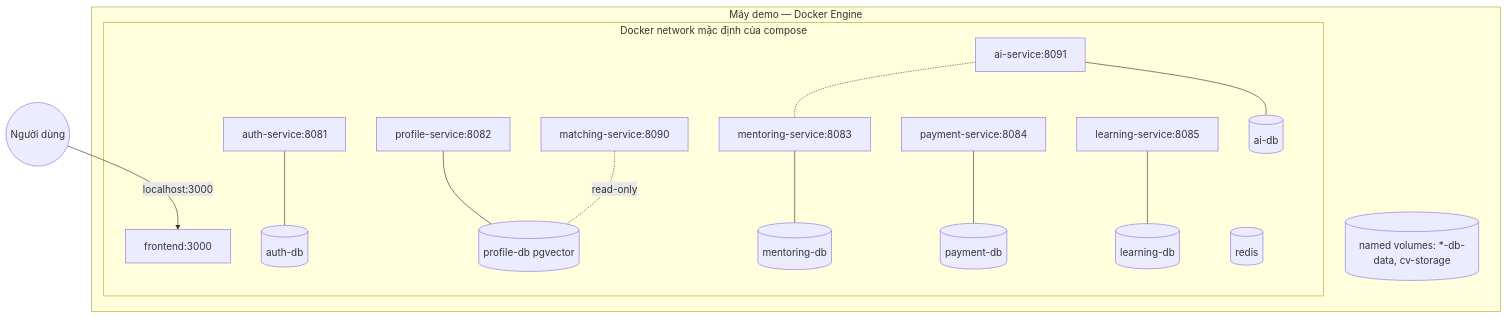
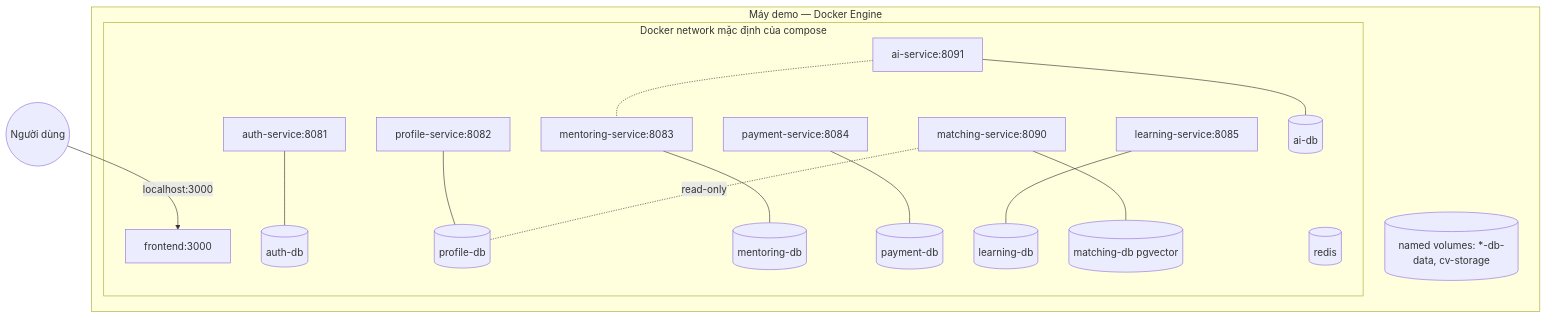
Before and after one commit to quangpham10212004/do_an_2026: the fourth of 4 diagrams in docs/architecture.md, drawn with Mermaid. The commit also changed other lines of this file and 185 other files, not shown here.

````diff
--- a/docs/architecture.md
+++ b/docs/architecture.md
@@ -254,19 +269,20 @@
 ```mermaid
 flowchart TB
     subgraph Host[Máy demo — Docker Engine]
       subgraph net[Docker network mặc định của compose]
         fe[frontend:3000]
         a[auth-service:8081] --- adb[(auth-db)]
-        p[profile-service:8082] --- pdb[(profile-db pgvector)]
+        p[profile-service:8082] --- pdb[(profile-db)]
         m[mentoring-service:8083] --- mdb[(mentoring-db)]
         pay[payment-service:8084] --- paydb[(payment-db)]
         l[learning-service:8085] --- ldb[(learning-db)]
-        mt[matching-service:8090] -.read-only.- pdb
+        mt[matching-service:8090] --- mtdb[(matching-db pgvector)]
+        mt -.read-only.- pdb
         ai[ai-service:8091] --- aidb[(ai-db)]
         ai -.- m
         r[(redis)]
       end
       vols[(named volumes: *-db-data, cv-storage)]
     end
     user((Người dùng)) -->|localhost:3000| fe
 ```
````
